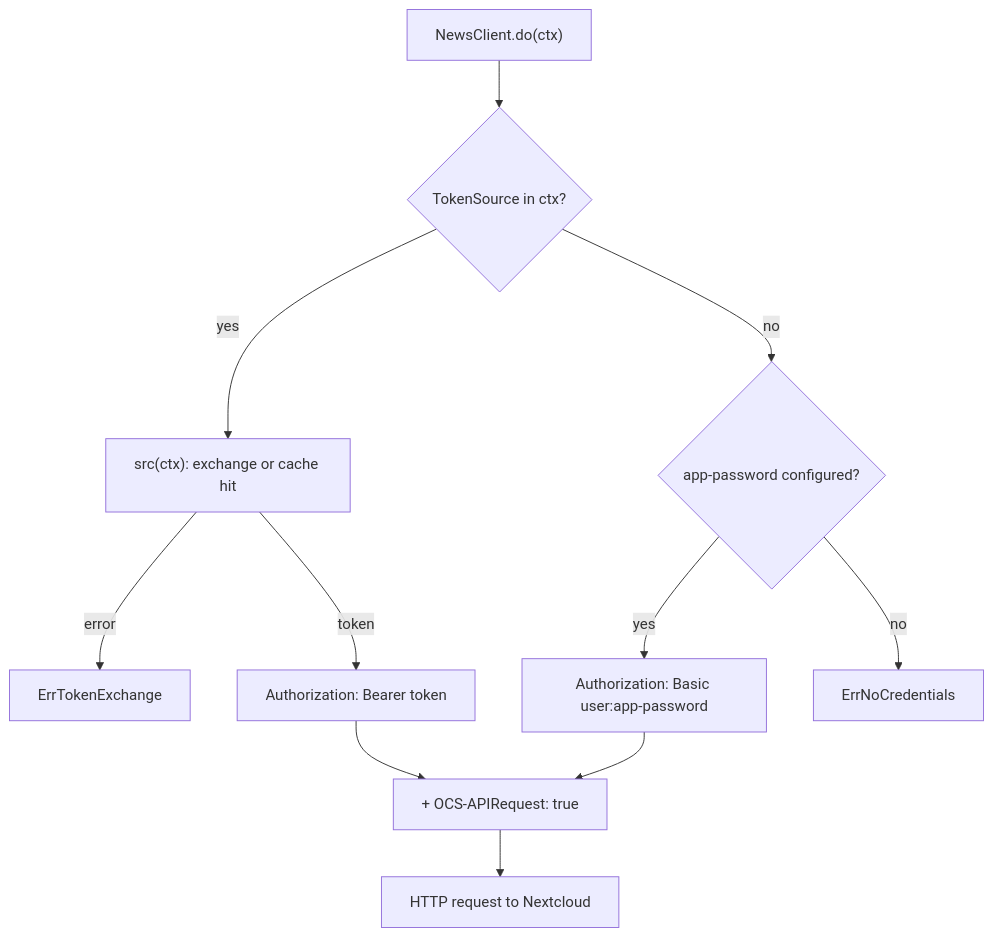
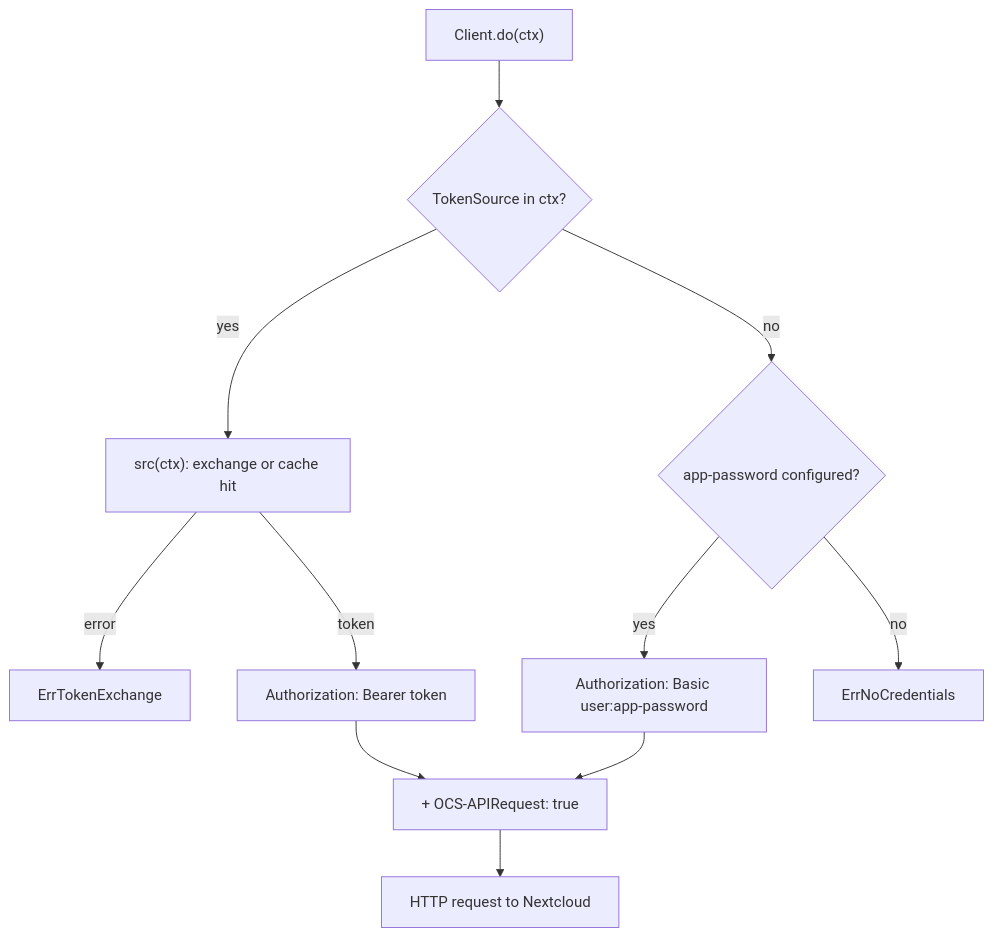
Before and after one commit to mrdev023/mcp-nextcloud: the third of 3 diagrams in docs/architecture.md, drawn with Mermaid. The commit also changed other lines of this file, not shown here.

First line of the commit message:
docs: Update architecture for the package layout

````diff
--- a/docs/architecture.md
+++ b/docs/architecture.md
@@ -81,13 +84,13 @@
 ```mermaid
 flowchart TD
-    A["NewsClient.do(ctx)"] --> B{TokenSource in ctx?}
+    A["Client.do(ctx)"] --> B{TokenSource in ctx?}
     B -- yes --> C["src(ctx): exchange or cache hit"]
     C -- error --> E1[ErrTokenExchange]
     C -- token --> D[Authorization: Bearer token]
     B -- no --> F{app-password configured?}
     F -- yes --> G[Authorization: Basic user:app-password]
     F -- no --> E2[ErrNoCredentials]
     D --> H[+ OCS-APIRequest: true]
     G --> H
     H --> I[HTTP request to Nextcloud]
 ```
````
